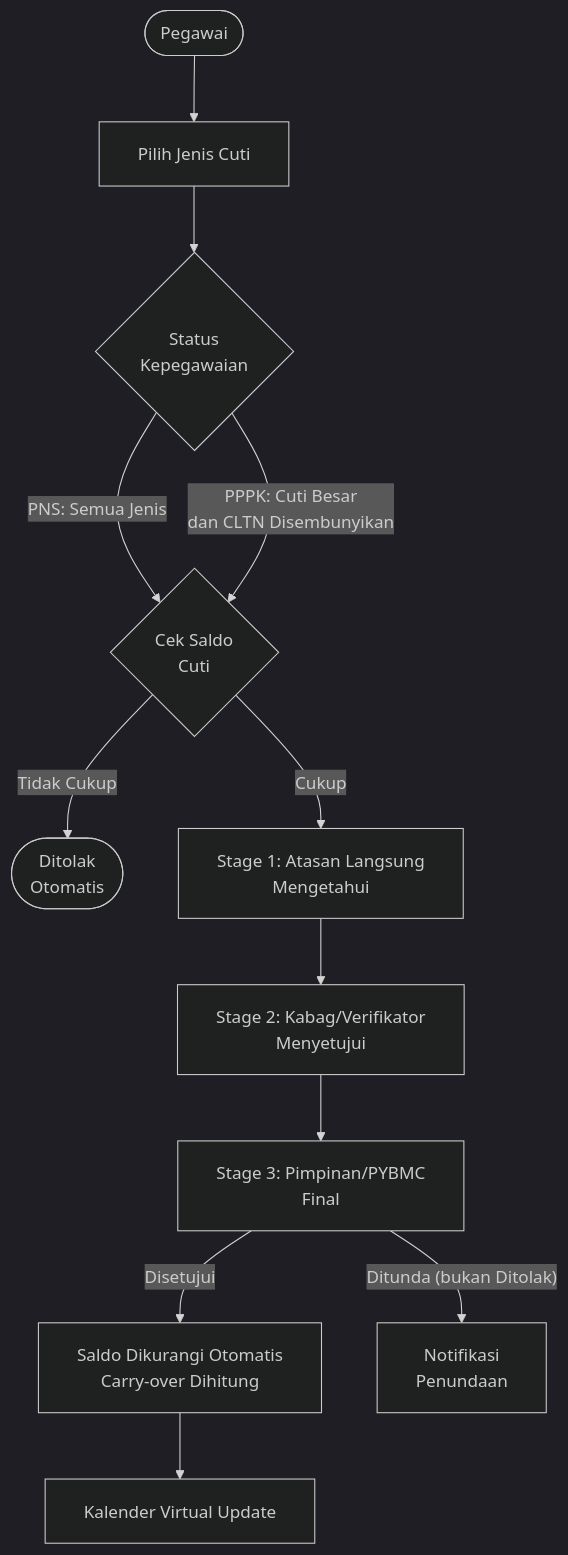
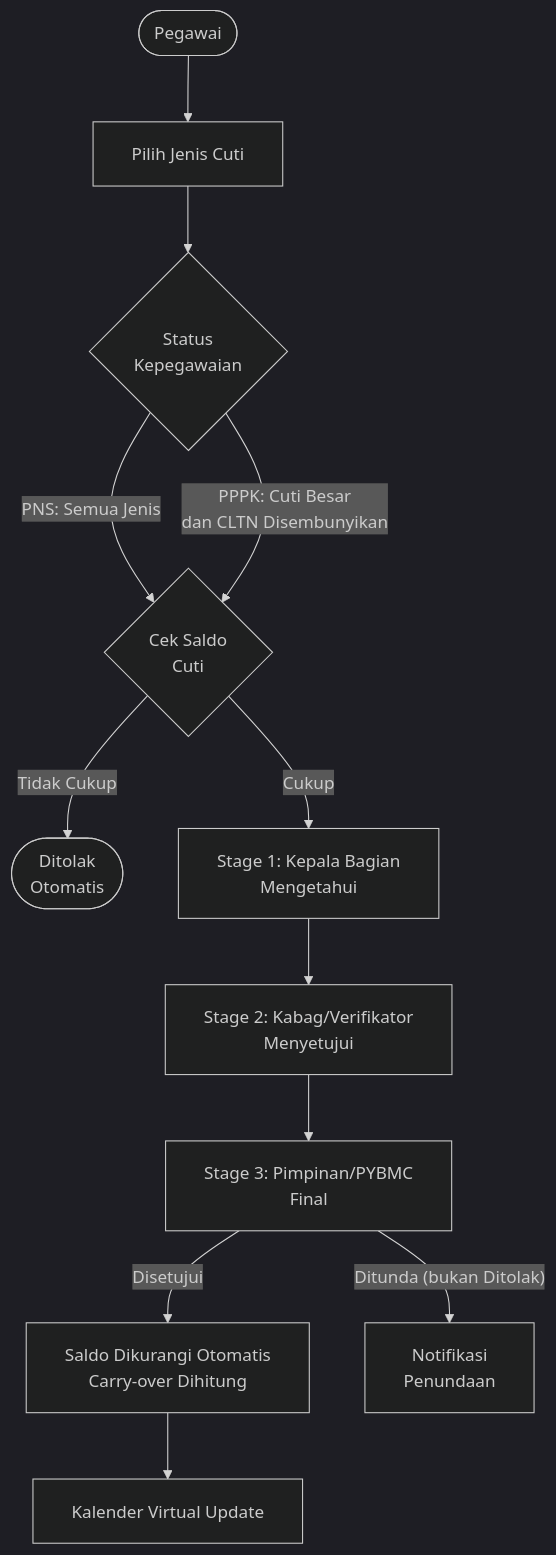
The second of 10 diagrams in SIMPEG-v0.4-diagrams-extracted/SIMPEG-v0.4-diagrams.md (Diyoncrz18/simpeg-diagram-lldikti), drawn with Mermaid before and after one commit. The commit also changed other lines of this file and 27 other files, not shown here.

````diff
--- a/SIMPEG-v0.4-diagrams-extracted/SIMPEG-v0.4-diagrams.md
+++ b/SIMPEG-v0.4-diagrams-extracted/SIMPEG-v0.4-diagrams.md
@@ -37,15 +37,15 @@
 ```mermaid
 %%{init:{"flowchart":{"nodeSpacing":52,"rankSpacing":62,"padding":18},"theme":"dark"}}%%
 flowchart TD
     PG([Pegawai]) --> A[Pilih Jenis Cuti]
     A --> B{Status\nKepegawaian}
     B -->|"PNS: Semua Jenis"| C
     B -->|"PPPK: Cuti Besar\ndan CLTN Disembunyikan"| C
     C{Cek Saldo\nCuti} -->|"Tidak Cukup"| D(["Ditolak\nOtomatis"])
-    C -->|"Cukup"| E["Stage 1: Atasan Langsung\nMengetahui"]
+    C -->|"Cukup"| E["Stage 1: Kepala Bagian\nMengetahui"]
     E --> F["Stage 2: Kabag/Verifikator\nMenyetujui"]
     F --> G["Stage 3: Pimpinan/PYBMC\nFinal"]
     G -->|"Disetujui"| H["Saldo Dikurangi Otomatis\nCarry-over Dihitung"]
     G -->|"Ditunda (bukan Ditolak)"| I["Notifikasi\nPenundaan"]
     H --> J[Kalender Virtual Update]
 ```
````
